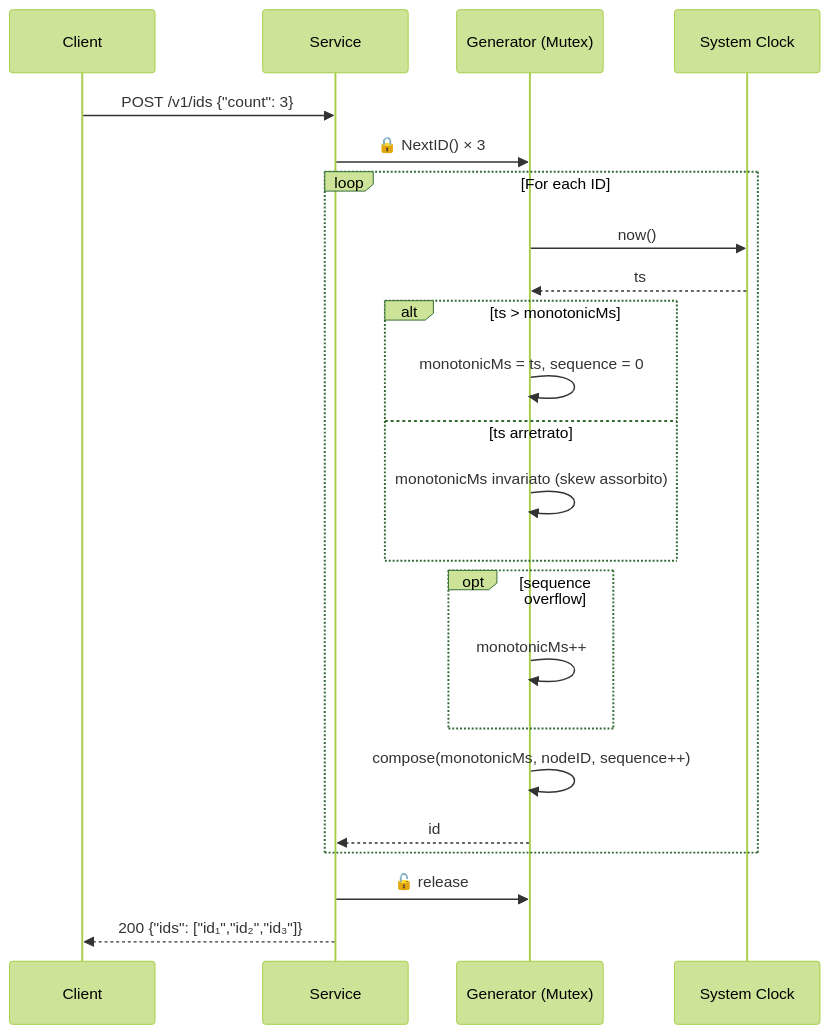
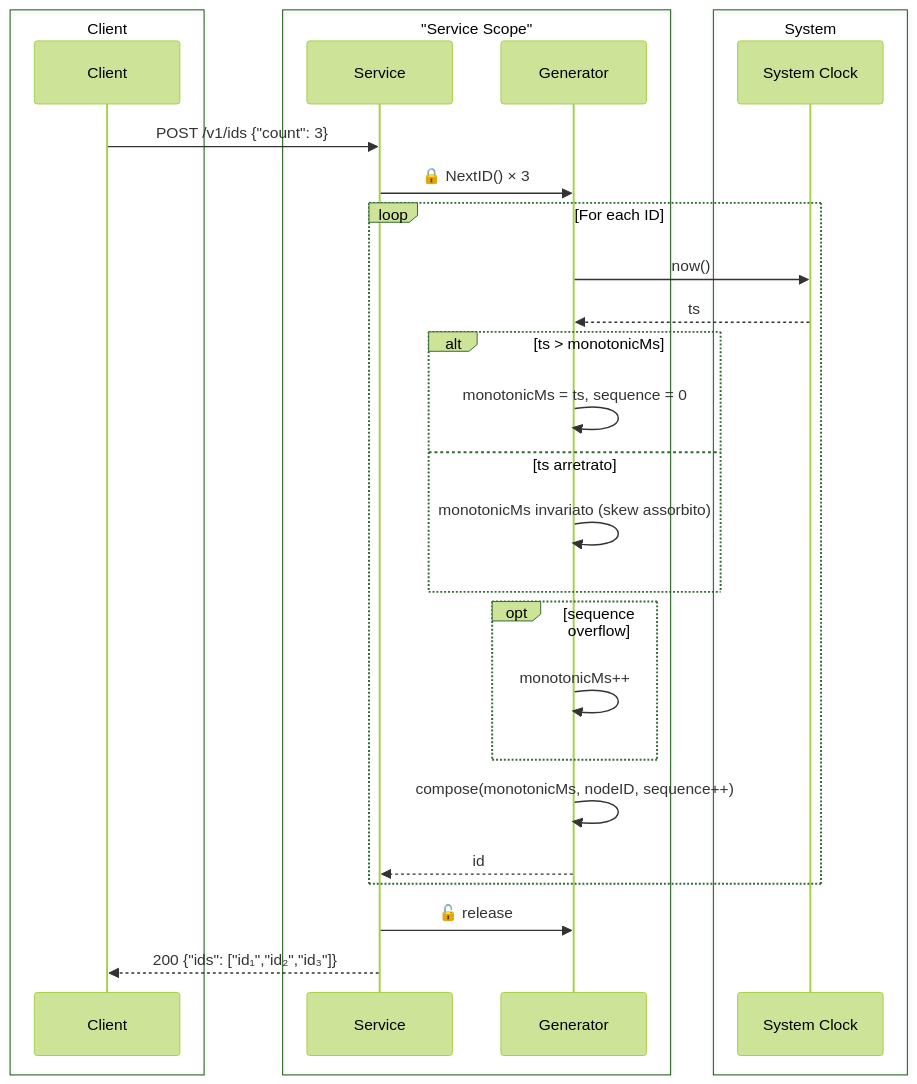
The third of 5 diagrams in docs/design/snowflake-algorithm-workflow.md (Albe83/snowflake-id-service), drawn with Mermaid (forest theme) before and after one commit.

Commit message:
docs(design): add box groups to sequence diagram for boundary clarity

````diff
--- a/docs/design/snowflake-algorithm-workflow.md
+++ b/docs/design/snowflake-algorithm-workflow.md
@@ -55,28 +55,34 @@
 ```mermaid
 sequenceDiagram
-    participant C as Client
-    participant S as Service
-    participant G as Generator (Mutex)
-    participant Ck as System Clock
+    box Client
+        participant C as Client
+    end
+    box "Service Scope"
+        participant S as Service
+        participant G as Generator
+    end
+    box System
+        participant Ck as System Clock
+    end
 
     C->>S: POST /v1/ids {"count": 3}
     S->>G: 🔒 NextID() × 3
 
     loop For each ID
         G->>Ck: now()
         Ck-->>G: ts
         alt ts > monotonicMs
             G->>G: monotonicMs = ts, sequence = 0
         else ts arretrato
             G->>G: monotonicMs invariato (skew assorbito)
         end
         opt sequence overflow
             G->>G: monotonicMs++
         end
         G->>G: compose(monotonicMs, nodeID, sequence++)
         G-->>S: id
     end
 
     S->>G: 🔓 release
     S-->>C: 200 {"ids": ["id₁","id₂","id₃"]}
 ```
````
